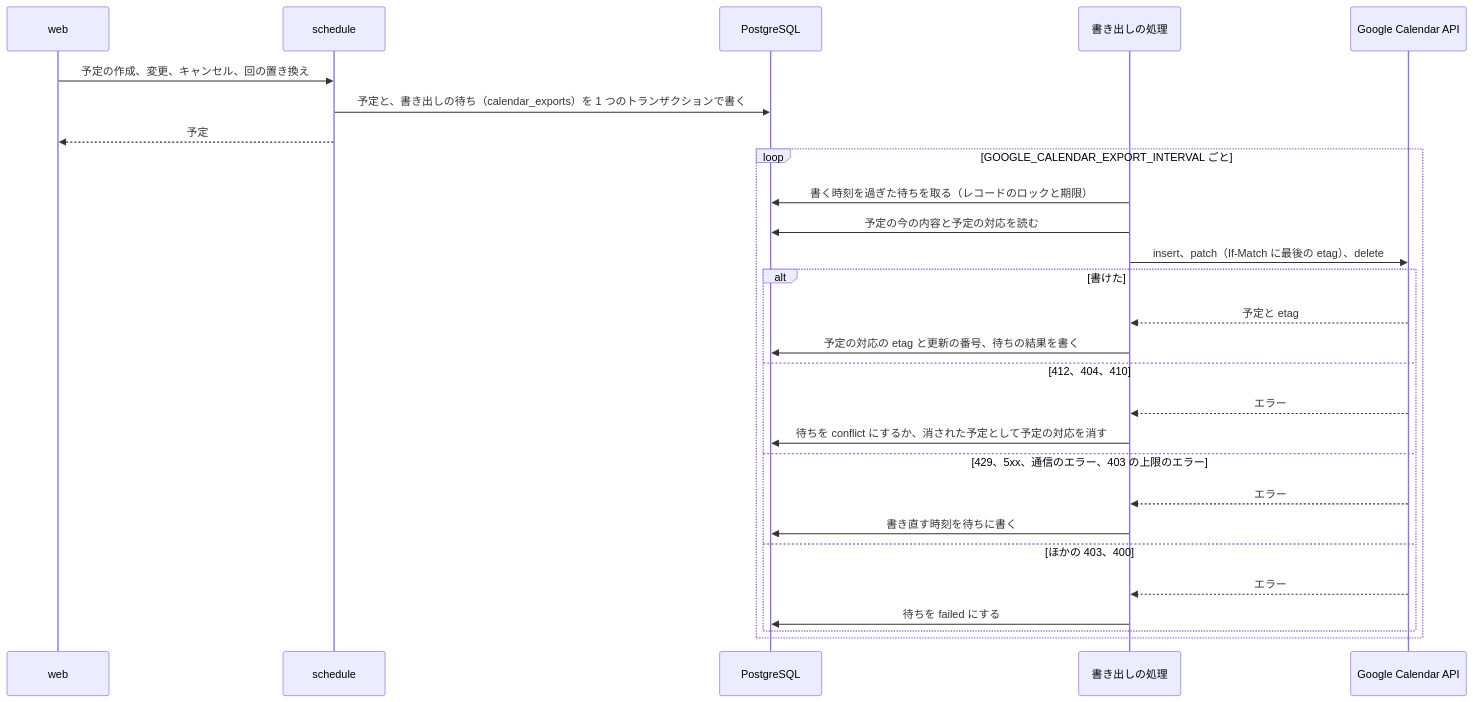
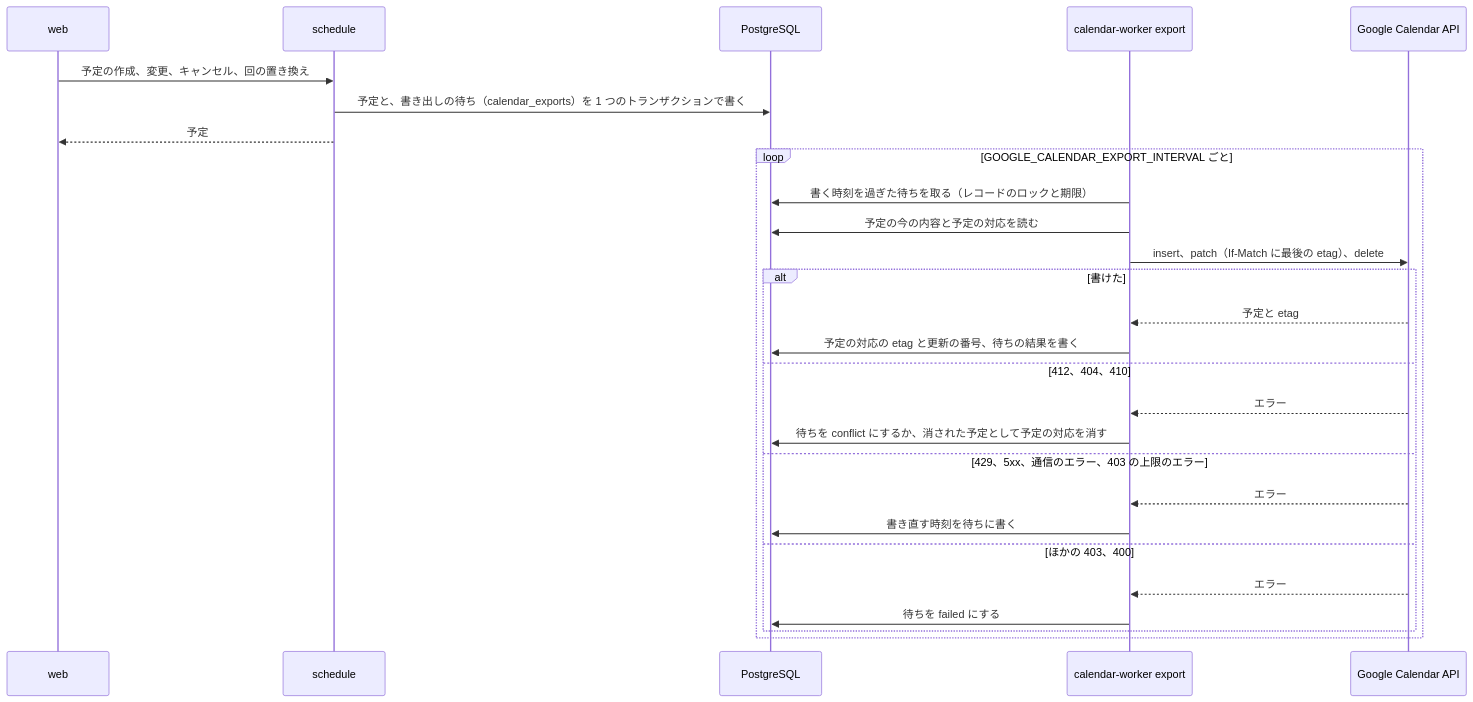
One commit to Fukuemon/buddy changed the third of 6 diagrams in services/schedule/internal/features/calendar/DesignDoc.md. Above: the diagram before and after it, drawn with Mermaid. The commit also changed other lines of this file, not shown here.

Commit message:
docs(calendar): 連携の Design Doc の親を 1 文にし、図を calendar-worker にする #692

````diff
--- a/services/schedule/internal/features/calendar/DesignDoc.md
+++ b/services/schedule/internal/features/calendar/DesignDoc.md
@@ -348,29 +372,29 @@
 ```mermaid
 sequenceDiagram
   participant web
   participant api as schedule
   participant db as PostgreSQL
-  participant x as 書き出しの処理
+  participant x as calendar-worker export
   participant g as Google Calendar API
   web->>api: 予定の作成、変更、キャンセル、回の置き換え
   api->>db: 予定と、書き出しの待ち（calendar_exports）を 1 つのトランザクションで書く
   api-->>web: 予定
   loop GOOGLE_CALENDAR_EXPORT_INTERVAL ごと
     x->>db: 書く時刻を過ぎた待ちを取る（レコードのロックと期限）
     x->>db: 予定の今の内容と予定の対応を読む
     x->>g: insert、patch（If-Match に最後の etag）、delete
     alt 書けた
       g-->>x: 予定と etag
       x->>db: 予定の対応の etag と更新の番号、待ちの結果を書く
     else 412、404、410
       g-->>x: エラー
       x->>db: 待ちを conflict にするか、消された予定として予定の対応を消す
     else 429、5xx、通信のエラー、403 の上限のエラー
       g-->>x: エラー
       x->>db: 書き直す時刻を待ちに書く
     else ほかの 403、400
       g-->>x: エラー
       x->>db: 待ちを failed にする
     end
   end
 ```
````
